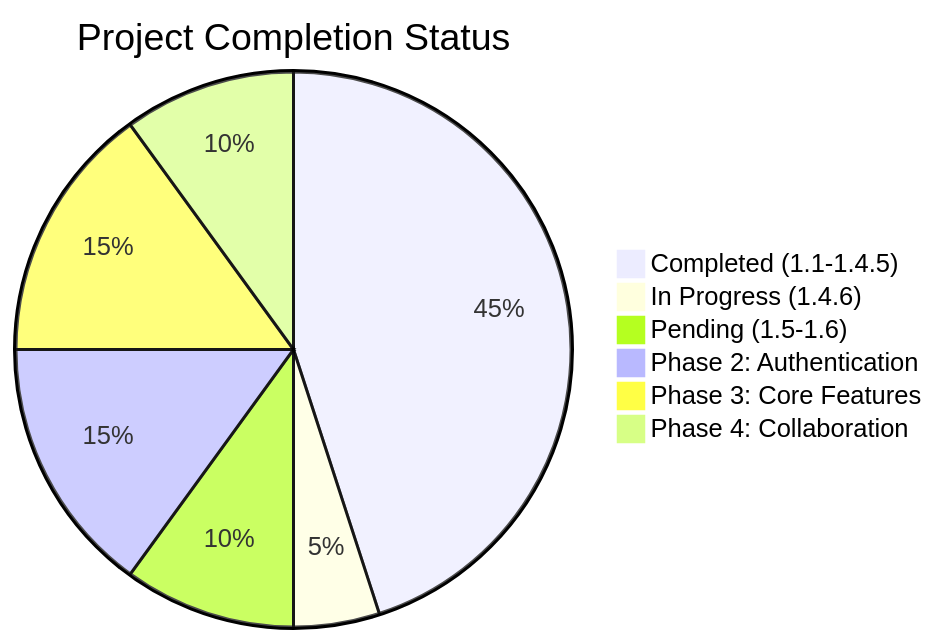
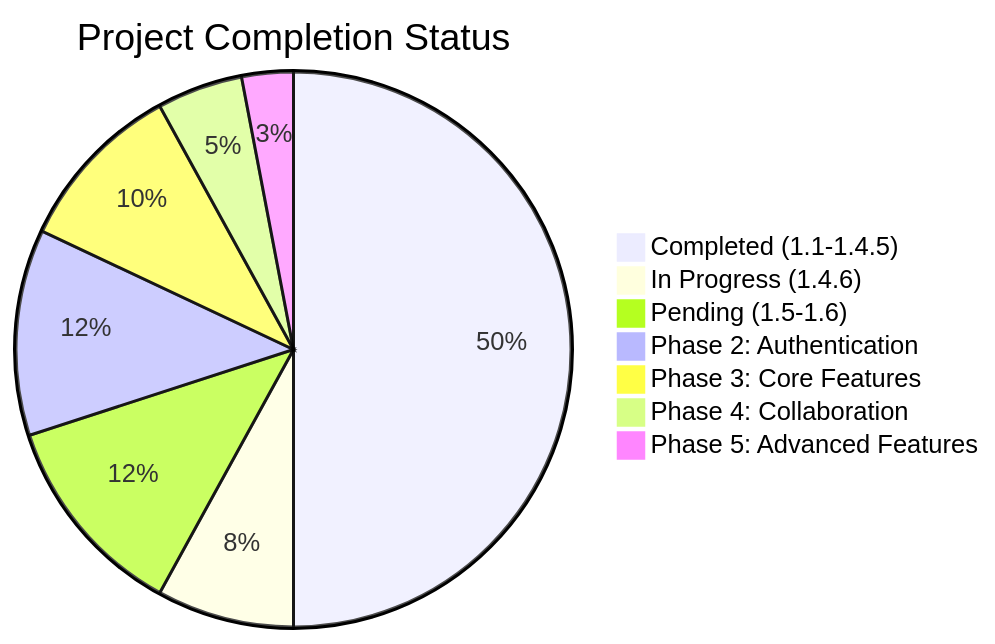
One commit to michaelwybraniec/awp-react changed the third of 5 diagrams in README.md. Above: the diagram before and after it, drawn with Mermaid. The commit also changed other lines of this file, not shown here.

First line of the commit message:
docs(readme 1.5.1): replace Gantt charts with GitGraph for better git visualization

````diff
--- a/README.md
+++ b/README.md
@@ -314,9 +303,10 @@
 ```mermaid
 pie title Project Completion Status
-    "Completed (1.1-1.4.5)" : 45
-    "In Progress (1.4.6)" : 5
-    "Pending (1.5-1.6)" : 10
-    "Phase 2: Authentication" : 15
-    "Phase 3: Core Features" : 15
-    "Phase 4: Collaboration" : 10
+    "Completed (1.1-1.4.5)" : 50
+    "In Progress (1.4.6)" : 8
+    "Pending (1.5-1.6)" : 12
+    "Phase 2: Authentication" : 12
+    "Phase 3: Core Features" : 10
+    "Phase 4: Collaboration" : 5
+    "Phase 5: Advanced Features" : 3
 ```
````
